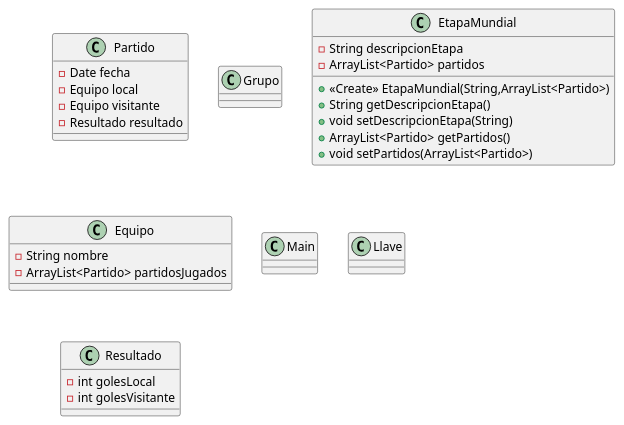
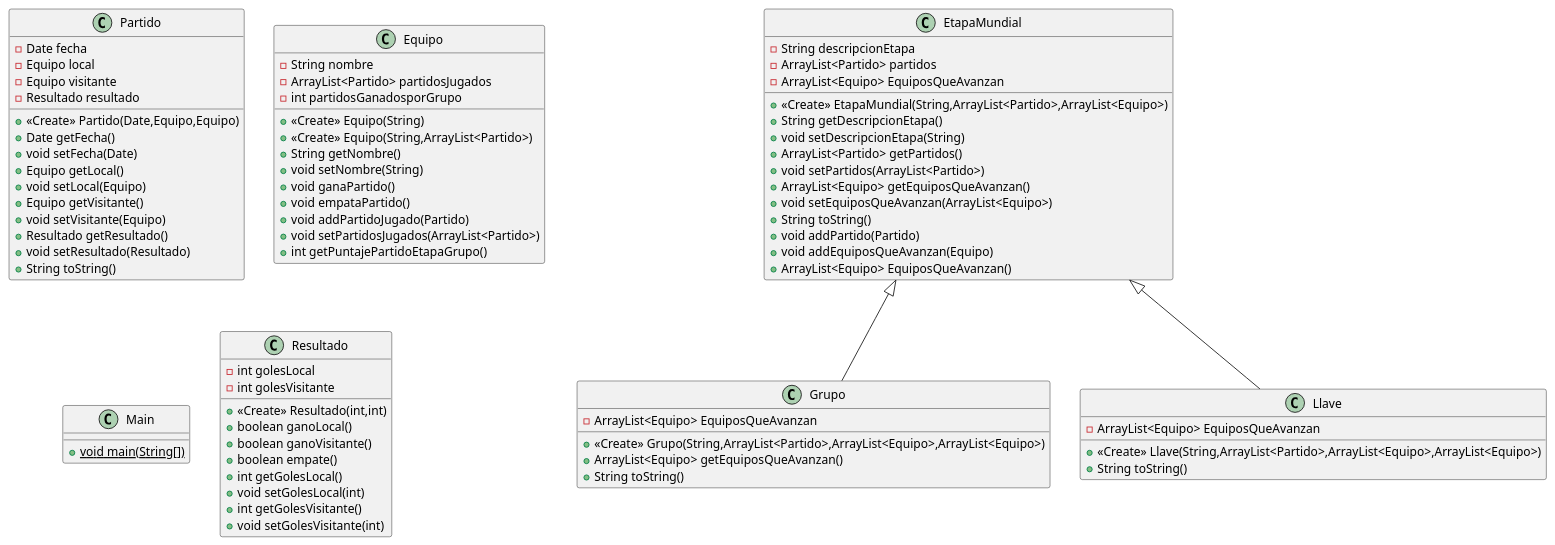
The diagram in tp_2.puml (Lobo250895/Tp2), drawn with PlantUML before and after one commit. The commit also changed 4 other files, not shown here.

```diff
--- a/tp_2.puml
+++ b/tp_2.puml
@@ -1,31 +1,78 @@
 @startuml
 class Partido {
 - Date fecha
 - Equipo local
 - Equipo visitante
 - Resultado resultado
++ <<Create>> Partido(Date,Equipo,Equipo)
++ Date getFecha()
++ void setFecha(Date)
++ Equipo getLocal()
++ void setLocal(Equipo)
++ Equipo getVisitante()
++ void setVisitante(Equipo)
++ Resultado getResultado()
++ void setResultado(Resultado)
++ String toString()
 }
 class Grupo {
+- ArrayList<Equipo> EquiposQueAvanzan
++ <<Create>> Grupo(String,ArrayList<Partido>,ArrayList<Equipo>,ArrayList<Equipo>)
++ ArrayList<Equipo> getEquiposQueAvanzan()
++ String toString()
 }
 class EtapaMundial {
 - String descripcionEtapa
 - ArrayList<Partido> partidos
-+ <<Create>> EtapaMundial(String,ArrayList<Partido>)
+- ArrayList<Equipo> EquiposQueAvanzan
++ <<Create>> EtapaMundial(String,ArrayList<Partido>,ArrayList<Equipo>)
 + String getDescripcionEtapa()
 + void setDescripcionEtapa(String)
 + ArrayList<Partido> getPartidos()
 + void setPartidos(ArrayList<Partido>)
++ ArrayList<Equipo> getEquiposQueAvanzan()
++ void setEquiposQueAvanzan(ArrayList<Equipo>)
++ String toString()
++ void addPartido(Partido)
++ void addEquiposQueAvanzan(Equipo)
++ ArrayList<Equipo> EquiposQueAvanzan()
 }
 class Equipo {
 - String nombre
 - ArrayList<Partido> partidosJugados
+- int partidosGanadosporGrupo
++ <<Create>> Equipo(String)
++ <<Create>> Equipo(String,ArrayList<Partido>)
++ String getNombre()
++ void setNombre(String)
++ void ganaPartido()
++ void empataPartido()
++ void addPartidoJugado(Partido)
++ void setPartidosJugados(ArrayList<Partido>)
++ int getPuntajePartidoEtapaGrupo()
 }
 class Main {
++ {static} void main(String[])
 }
 class Llave {
+- ArrayList<Equipo> EquiposQueAvanzan
++ <<Create>> Llave(String,ArrayList<Partido>,ArrayList<Equipo>,ArrayList<Equipo>)
++ String toString()
 }
 class Resultado {
 - int golesLocal
 - int golesVisitante
++ <<Create>> Resultado(int,int)
++ boolean ganoLocal()
++ boolean ganoVisitante()
++ boolean empate()
++ int getGolesLocal()
++ void setGolesLocal(int)
++ int getGolesVisitante()
++ void setGolesVisitante(int)
 }
+
+
+EtapaMundial <|-- Grupo
+EtapaMundial <|-- Llave
 @enduml
```
